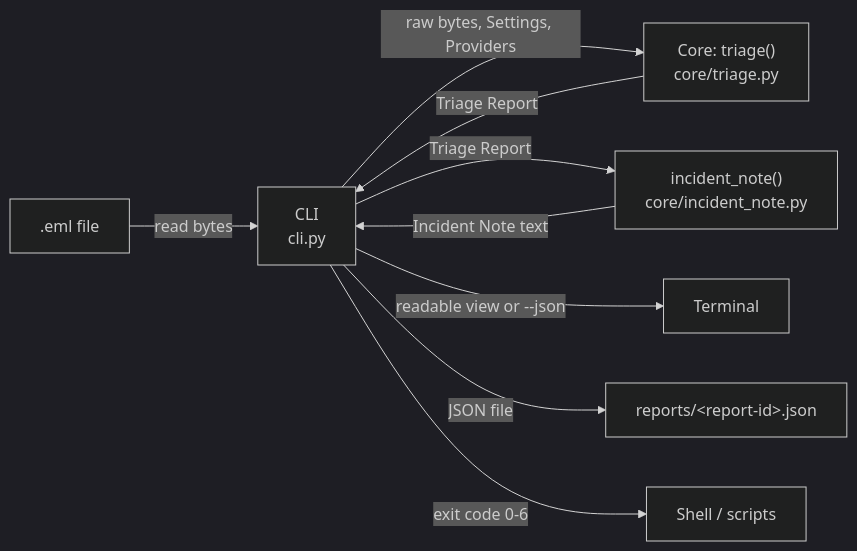
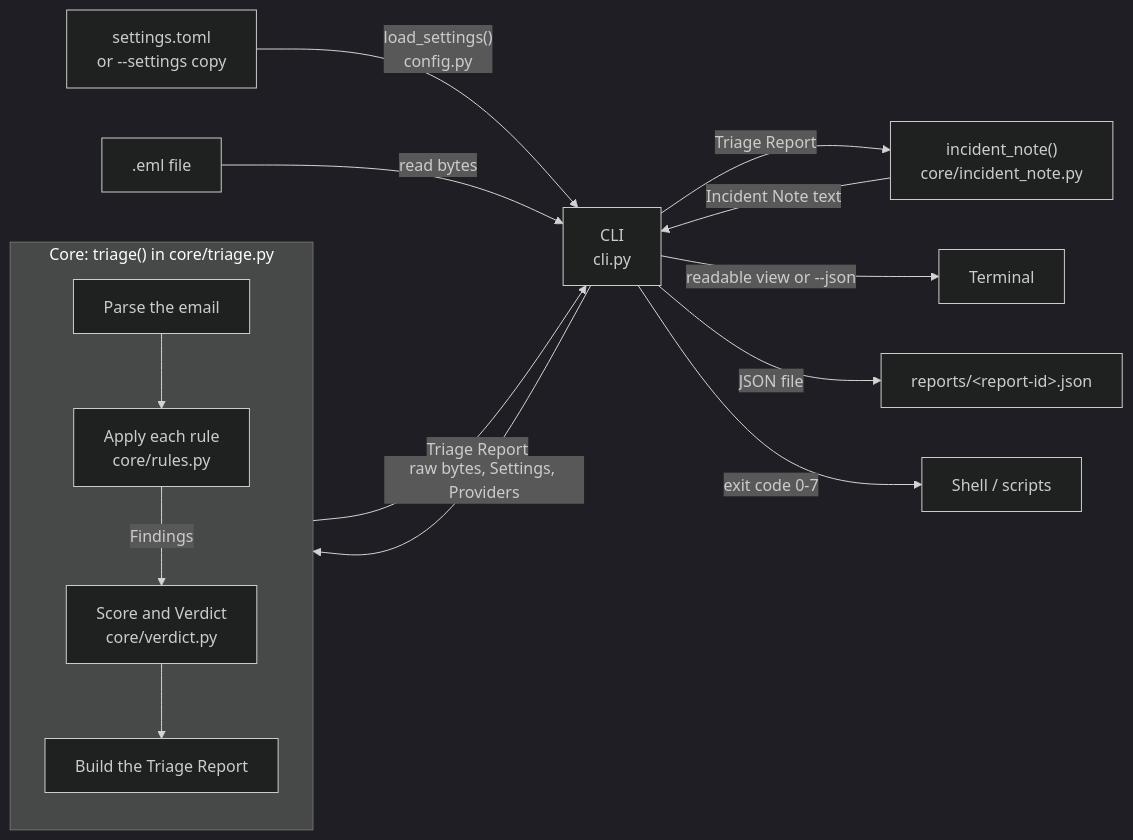
The diagram in docs/ARCHITECTURE.md (GiacomoBarry/phishing-triage), drawn with Mermaid (dark theme) before and after one commit. The commit also changed other lines of this file and 19 other files, not shown here.

First line of the commit message:
Add Settings, Score and Verdict with the Reply-To mismatch rule

````diff
--- a/docs/ARCHITECTURE.md
+++ b/docs/ARCHITECTURE.md
@@ -16,11 +16,20 @@
 ```mermaid
 flowchart LR
+    toml["settings.toml<br/>or --settings copy"] -->|"load_settings()<br/>config.py"| cli
     file[".eml file"] -->|read bytes| cli["CLI<br/>cli.py"]
-    cli -->|"raw bytes, Settings, Providers"| core["Core: triage()<br/>core/triage.py"]
+    cli -->|"raw bytes, Settings, Providers"| core
+
+    subgraph core["Core: triage() in core/triage.py"]
+        direction TB
+        parse["Parse the email"] --> rules["Apply each rule<br/>core/rules.py"]
+        rules -->|Findings| verdict["Score and Verdict<br/>core/verdict.py"]
+        verdict --> build["Build the Triage Report"]
+    end
+
     core -->|Triage Report| cli
     cli -->|Triage Report| note["incident_note()<br/>core/incident_note.py"]
     note -->|Incident Note text| cli
     cli -->|readable view or --json| terminal["Terminal"]
     cli -->|JSON file| reports["reports/&lt;report-id&gt;.json"]
-    cli -->|exit code 0-6| shell["Shell / scripts"]
+    cli -->|exit code 0-7| shell["Shell / scripts"]
 ```
````
